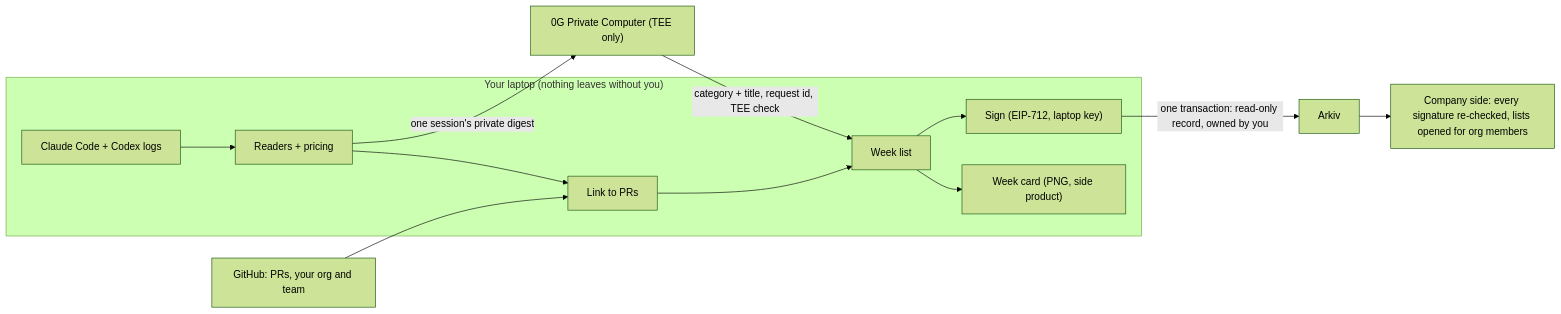
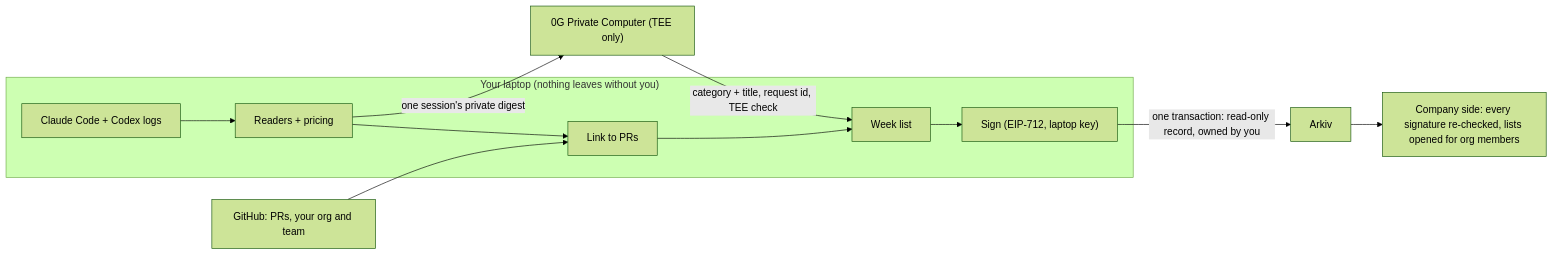
Before and after one commit to hrishi0102/juicebox: the diagram in README.md, drawn with Mermaid (forest theme). The commit also changed other lines of this file and 9 other files, not shown here.

First line of the commit message:
Docs: README, architecture, submission kit and AI use for this round

````diff
--- a/README.md
+++ b/README.md
@@ -89,15 +88,14 @@
 ```mermaid
 flowchart LR
   subgraph Laptop["Your laptop (nothing leaves without you)"]
     L["Claude Code + Codex logs"] --> P["Readers + pricing"]
     P --> M["Link to PRs"]
     M --> W["Week list"]
-    W --> C["Week card (PNG, side product)"]
     W --> K["Sign (EIP-712, laptop key)"]
   end
   GH["GitHub: PRs, your org and team"] --> M
   P -- "one session's private digest" --> ZG["0G Private Computer (TEE only)"]
   ZG -- "category + title, request id, TEE check" --> W
   K -- "one transaction: read-only record, owned by you" --> AK["Arkiv"]
   AK --> O["Company side: every signature re-checked, lists opened for org members"]
 ```
````
